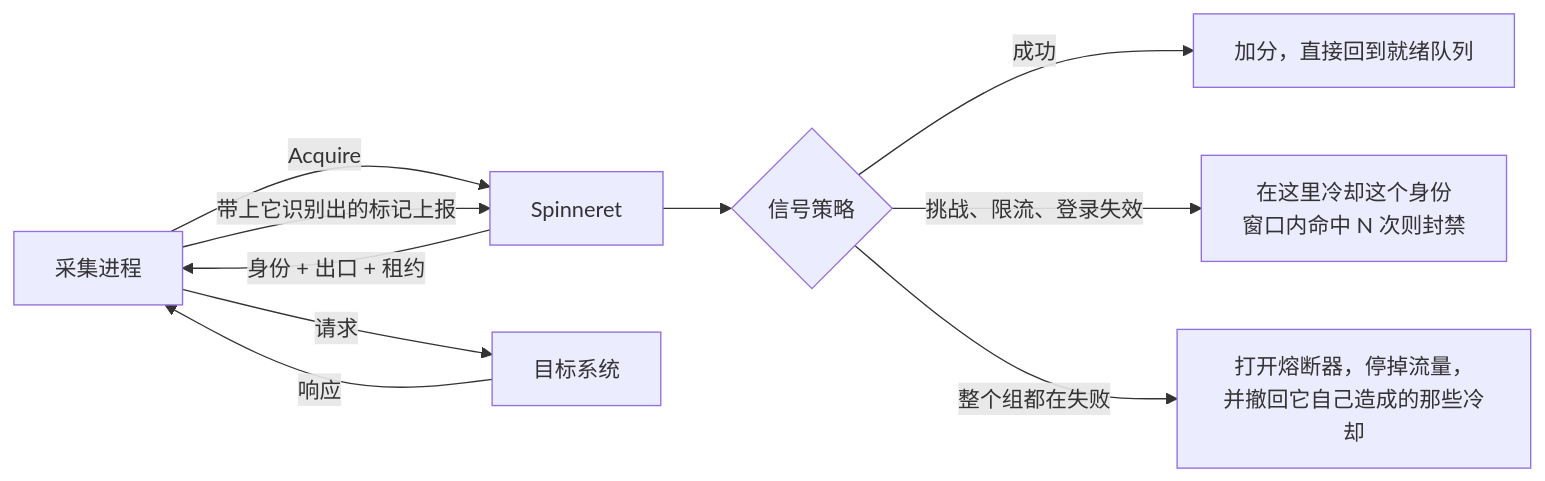
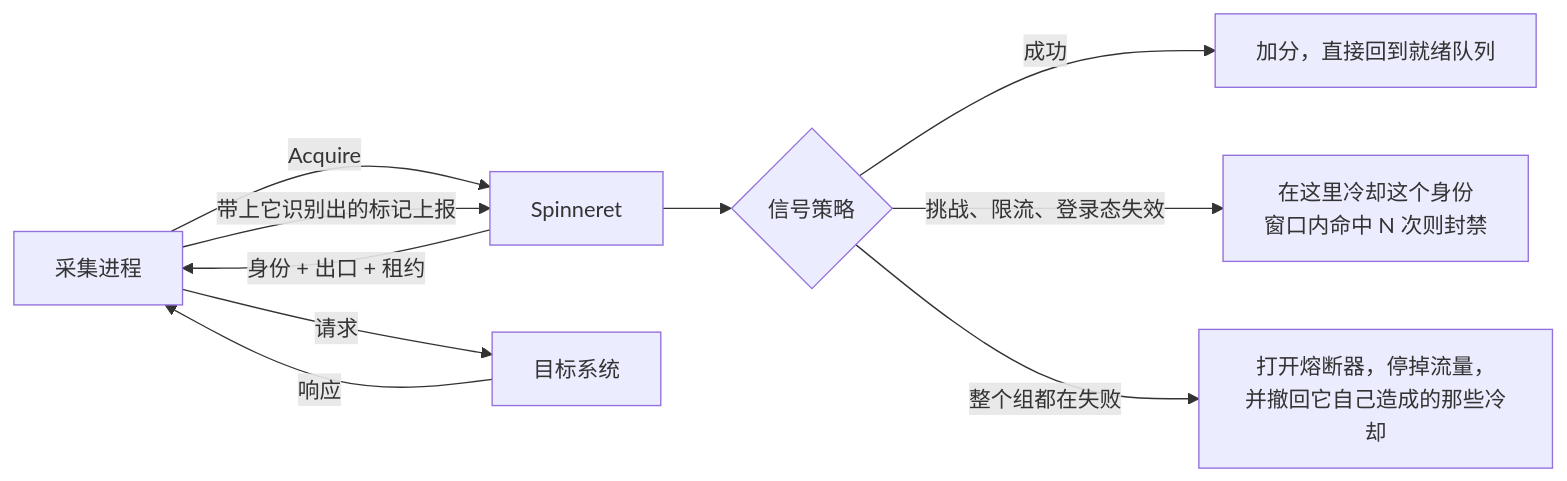
One commit to TikHub/Spinneret changed the ninth of 12 diagrams in README.zh-CN.md. Above: the diagram before and after it, drawn with Mermaid. The commit also changed other lines of this file and 1 other file, not shown here.

````diff
--- a/README.zh-CN.md
+++ b/README.zh-CN.md
@@ -396,12 +535,12 @@
 ```mermaid
 flowchart LR
     C["采集进程"] -->|"Acquire"| S["Spinneret"]
     S -->|"身份 + 出口 + 租约"| C
     C -->|"请求"| T["目标系统"]
     T -->|"响应"| C
     C -->|"带上它识别出的标记上报"| S
     S --> D{"信号策略"}
     D -->|"成功"| OK["加分，直接回到就绪队列"]
-    D -->|"挑战、限流、登录失效"| CD["在这里冷却这个身份<br/>窗口内命中 N 次则封禁"]
+    D -->|"挑战、限流、登录态失效"| CD["在这里冷却这个身份<br/>窗口内命中 N 次则封禁"]
     D -->|"整个组都在失败"| BR["打开熔断器，停掉流量，<br/>并撤回它自己造成的那些冷却"]
 ```
````
